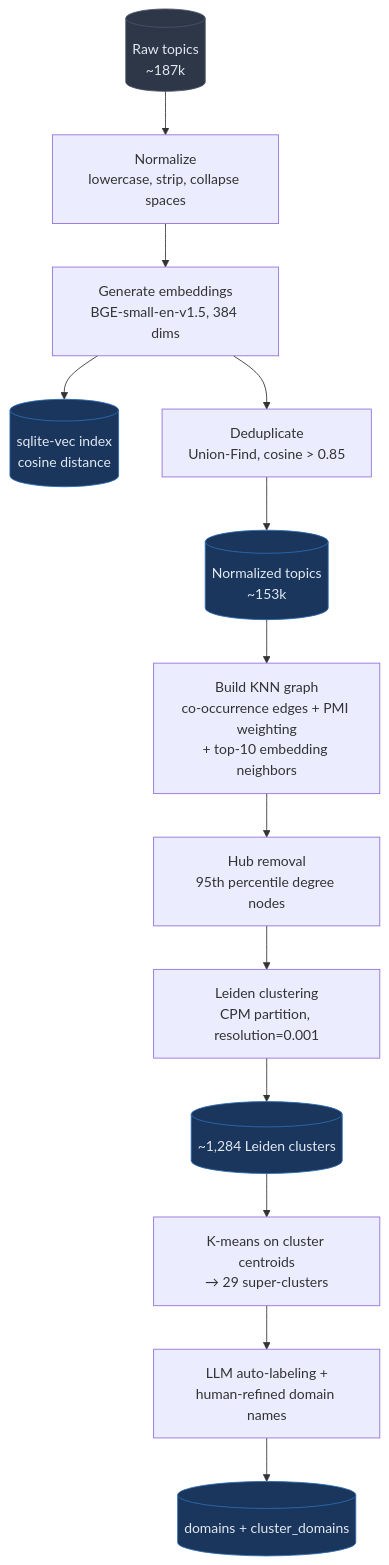
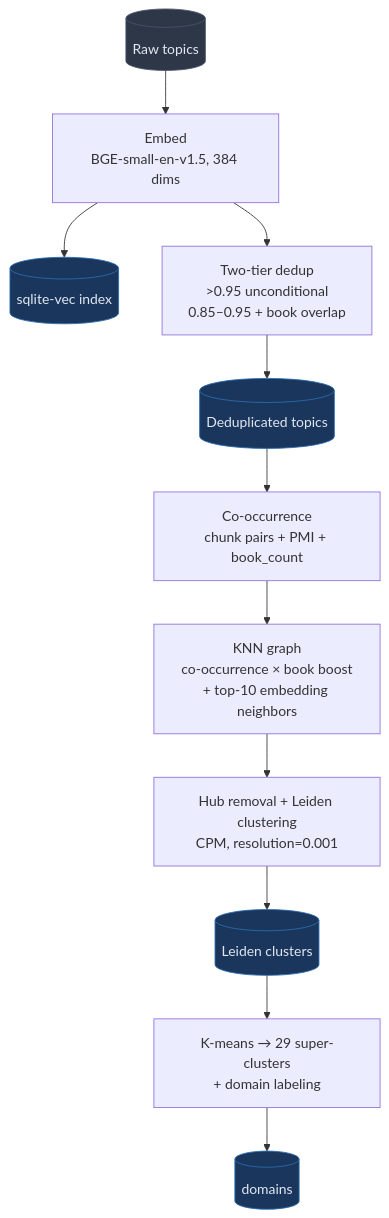
The third of 5 diagrams in README.md (seaberger/libtrails), drawn with Mermaid before and after one commit. The commit also changed other lines of this file and 2 other files, not shown here.

````diff
--- a/README.md
+++ b/README.md
@@ -120,24 +132,22 @@
 ```mermaid
 flowchart TD
-    A[(Raw topics<br/>~187k)] --> B[Normalize<br/>lowercase, strip, collapse spaces]
-    B --> C[Generate embeddings<br/>BGE-small-en-v1.5, 384 dims]
-    C --> D[(sqlite-vec index<br/>cosine distance)]
+    A[(Raw topics)] --> B[Embed<br/>BGE-small-en-v1.5, 384 dims]
+    B --> C[(sqlite-vec index)]
 
-    C --> E[Deduplicate<br/>Union-Find, cosine > 0.85]
-    E --> F[(Normalized topics<br/>~153k)]
+    B --> D[Two-tier dedup<br/>>0.95 unconditional<br/>0.85–0.95 + book overlap]
+    D --> E[(Deduplicated topics)]
 
-    F --> G[Build KNN graph<br/>co-occurrence edges + PMI weighting<br/>+ top-10 embedding neighbors]
-    G --> H[Hub removal<br/>95th percentile degree nodes]
-    H --> I[Leiden clustering<br/>CPM partition, resolution=0.001]
-    I --> J[(~1,284 Leiden clusters)]
+    E --> F[Co-occurrence<br/>chunk pairs + PMI + book_count]
+    F --> G[KNN graph<br/>co-occurrence × book boost<br/>+ top-10 embedding neighbors]
+    G --> H[Hub removal + Leiden clustering<br/>CPM, resolution=0.001]
+    H --> I[(Leiden clusters)]
 
-    J --> K[K-means on cluster centroids<br/>→ 29 super-clusters]
-    K --> L[LLM auto-labeling +<br/>human-refined domain names]
-    L --> M[(domains + cluster_domains)]
+    I --> J[K-means → 29 super-clusters<br/>+ domain labeling]
+    J --> K[(domains)]
 
     style A fill:#2d3748,stroke:#4a5568,color:#e2e8f0
-    style D fill:#1a365d,stroke:#2b6cb0,color:#e2e8f0
-    style F fill:#1a365d,stroke:#2b6cb0,color:#e2e8f0
-    style J fill:#1a365d,stroke:#2b6cb0,color:#e2e8f0
-    style M fill:#1a365d,stroke:#2b6cb0,color:#e2e8f0
+    style C fill:#1a365d,stroke:#2b6cb0,color:#e2e8f0
+    style E fill:#1a365d,stroke:#2b6cb0,color:#e2e8f0
+    style I fill:#1a365d,stroke:#2b6cb0,color:#e2e8f0
+    style K fill:#1a365d,stroke:#2b6cb0,color:#e2e8f0
 ```
````
